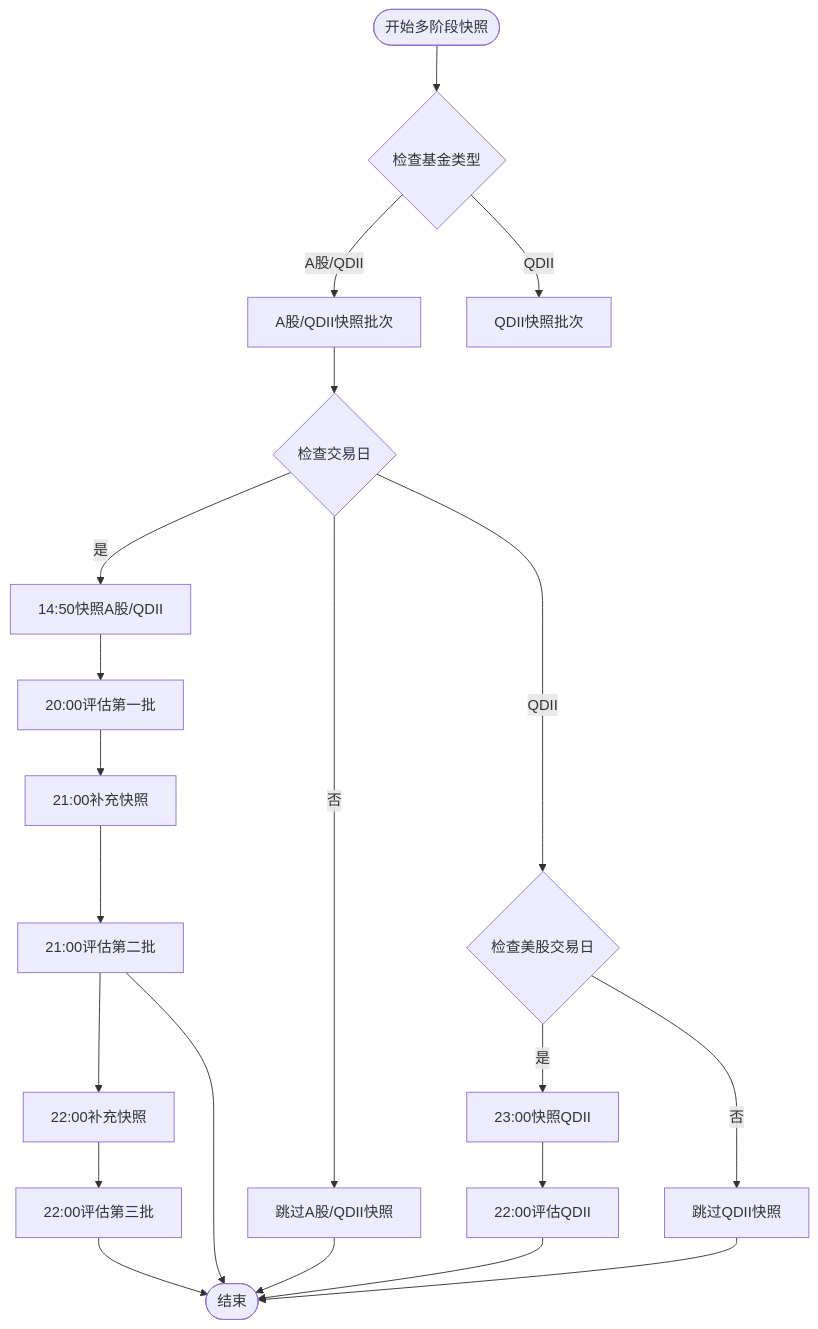
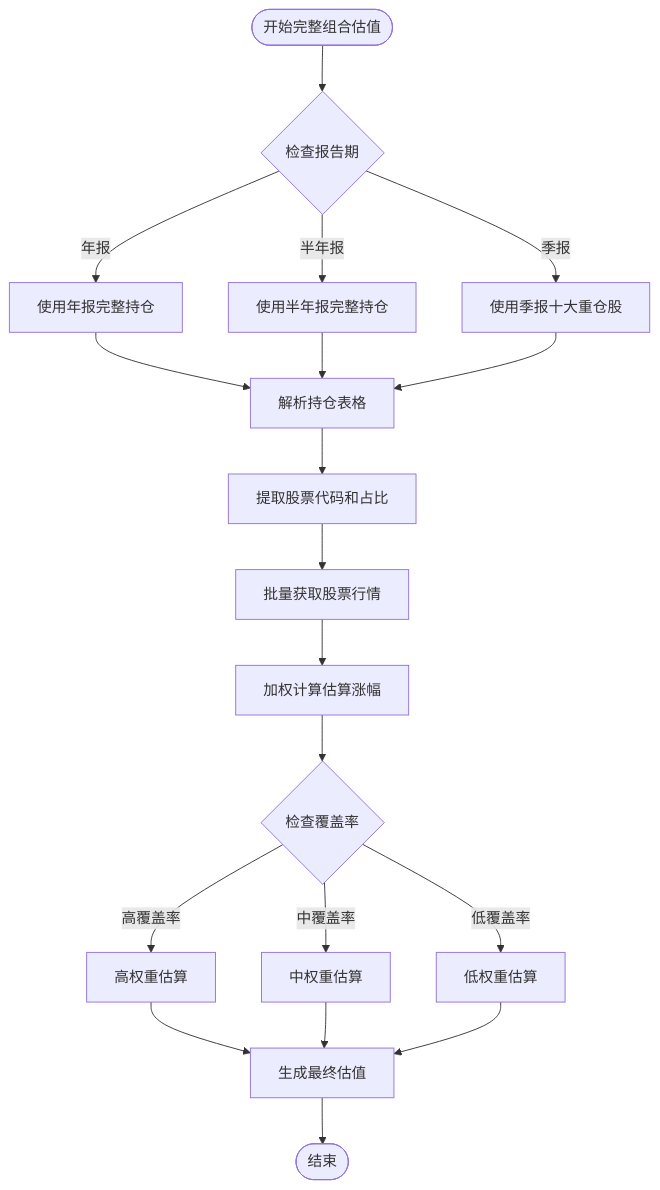
Before and after one commit to gree-coder/fund-butler: the fourth of 23 diagrams in .qoder/repowiki/zh/content/核心功能开发/多源基金估值系统.md, drawn with Mermaid. The commit also changed other lines of this file and 21 other files, not shown here.

````diff
--- a/.qoder/repowiki/zh/content/核心功能开发/多源基金估值系统.md
+++ b/.qoder/repowiki/zh/content/核心功能开发/多源基金估值系统.md
@@ -276,23 +287,21 @@
 ```mermaid
 flowchart TD
-Start([开始多阶段快照]) --> CheckType{检查基金类型}
-CheckType --> |A股/QDII| DomesticBatch[A股/QDII快照批次]
-CheckType --> |QDII| QdiBatch[QDII快照批次]
-DomesticBatch --> CheckCalendar{检查交易日}
-CheckCalendar --> |是| Snapshot1[14:50快照A股/QDII]
-CheckCalendar --> |否| Skip1[跳过A股/QDII快照]
-CheckCalendar --> |QDII| CheckUSCalendar{检查美股交易日}
-CheckUSCalendar --> |是| SnapshotQDII[23:00快照QDII]
-CheckUSCalendar --> |否| Skip2[跳过QDII快照]
-Snapshot1 --> Evaluate1[20:00评估第一批]
-Evaluate1 --> Snapshot2[21:00补充快照]
-Snapshot2 --> Evaluate2[21:00评估第二批]
-Evaluate2 --> Snapshot3[22:00补充快照]
-Snapshot3 --> Evaluate3[22:00评估第三批]
-SnapshotQDII --> EvaluateQDII[22:00评估QDII]
-Evaluate2 --> End([结束])
-Evaluate3 --> End
-EvaluateQDII --> End
-Skip1 --> End
-Skip2 --> End
+Start([开始完整组合估值]) --> CheckReport{检查报告期}
+CheckReport --> |年报| UseAnnual[使用年报完整持仓]
+CheckReport --> |半年报| UseHalfYear[使用半年报完整持仓]
+CheckReport --> |季报| UseQuarter[使用季报十大重仓股]
+UseAnnual --> ParseTable[解析持仓表格]
+UseHalfYear --> ParseTable
+UseQuarter --> ParseTable
+ParseTable --> ExtractHoldings[提取股票代码和占比]
+ExtractHoldings --> BatchRequest[批量获取股票行情]
+BatchRequest --> WeightCalc[加权计算估算涨幅]
+WeightCalc --> CoverageCheck{检查覆盖率}
+CoverageCheck --> |高覆盖率| HighWeight[高权重估算]
+CoverageCheck --> |中覆盖率| MediumWeight[中权重估算]
+CoverageCheck --> |低覆盖率| LowWeight[低权重估算]
+HighWeight --> FinalEstimate[生成最终估值]
+MediumWeight --> FinalEstimate
+LowWeight --> FinalEstimate
+FinalEstimate --> End([结束])
 ```
````
